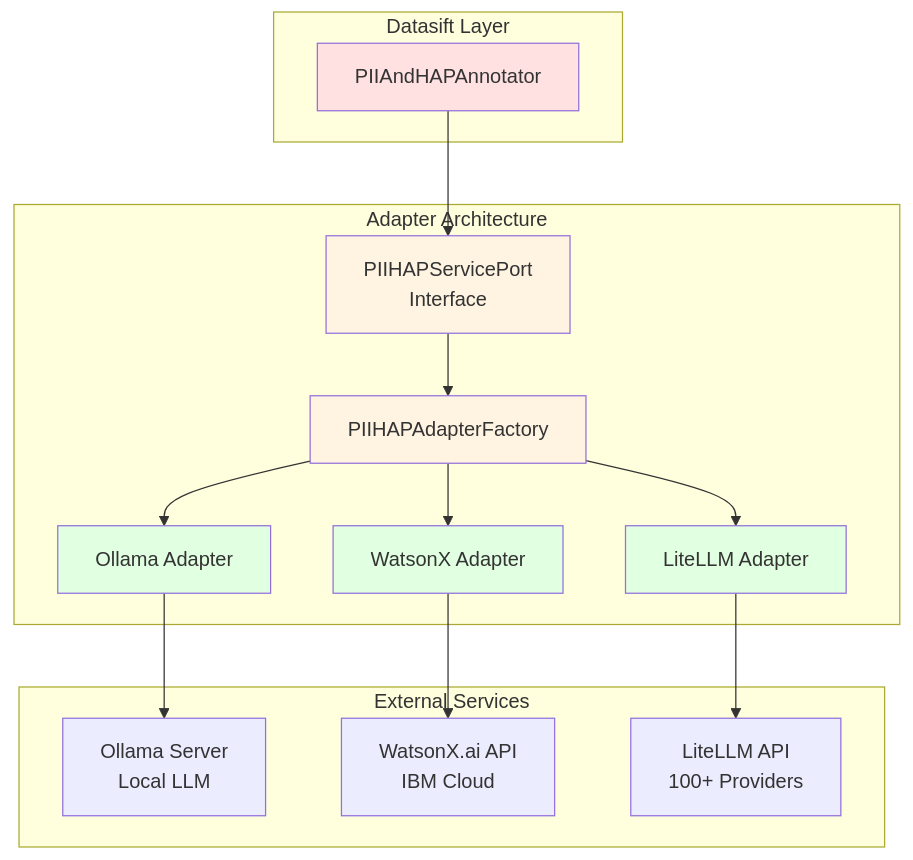
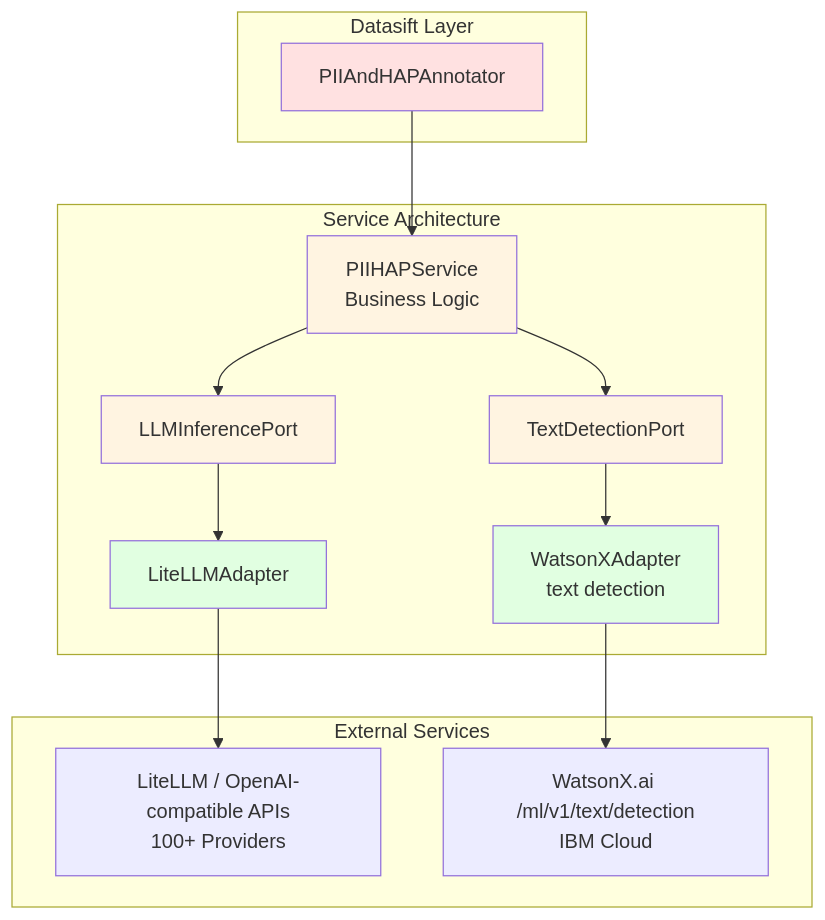
One commit to anupvarma007-ui/datasift-opensource changed diagram 22 of 31 in ARCHITECTURE.md. Above: the diagram before and after it, drawn with Mermaid. The commit also changed other lines of this file and 27 other files, not shown here.

````diff
--- a/ARCHITECTURE.md
+++ b/ARCHITECTURE.md
@@ -2524,37 +2524,35 @@
 ```mermaid
 graph TB
     subgraph "Datasift Layer"
         PIIHAP[PIIAndHAPAnnotator]
     end
 
-    subgraph "Adapter Architecture"
-        PORT[PIIHAPServicePort<br/>Interface]
-        FACTORY[PIIHAPAdapterFactory]
-        OLLAMA[Ollama Adapter]
-        WATSONX[WatsonX Adapter]
-        LITELLM[LiteLLM Adapter]
+    subgraph "Service Architecture"
+        SERVICE[PIIHAPService<br/>Business Logic]
+        INFPORT[LLMInferencePort]
+        DETPORT[TextDetectionPort]
+        LITELLM[LiteLLMAdapter]
+        WATSONXDET[WatsonXAdapter<br/>text detection]
     end
 
     subgraph "External Services"
-        OLLAMASRV[Ollama Server<br/>Local LLM]
-        WATSONXAPI[WatsonX.ai API<br/>IBM Cloud]
-        LITELLMAPI[LiteLLM API<br/>100+ Providers]
+        LITELLMAPI[LiteLLM / OpenAI-compatible APIs<br/>100+ Providers]
+        WATSONXAPI[WatsonX.ai /ml/v1/text/detection<br/>IBM Cloud]
     end
 
-    PIIHAP --> PORT
-    PORT --> FACTORY
-    FACTORY --> OLLAMA
-    FACTORY --> WATSONX
-    FACTORY --> LITELLM
+    PIIHAP --> SERVICE
+    SERVICE --> INFPORT
+    SERVICE --> DETPORT
+    INFPORT --> LITELLM
+    DETPORT --> WATSONXDET
 
-    OLLAMA --> OLLAMASRV
-    WATSONX --> WATSONXAPI
     LITELLM --> LITELLMAPI
+    WATSONXDET --> WATSONXAPI
 
     style PIIHAP fill:#ffe1e1
-    style PORT fill:#fff4e1
-    style FACTORY fill:#fff4e1
-    style OLLAMA fill:#e1ffe1
-    style WATSONX fill:#e1ffe1
+    style SERVICE fill:#fff4e1
+    style INFPORT fill:#fff4e1
+    style DETPORT fill:#fff4e1
     style LITELLM fill:#e1ffe1
+    style WATSONXDET fill:#e1ffe1
 ```
````
